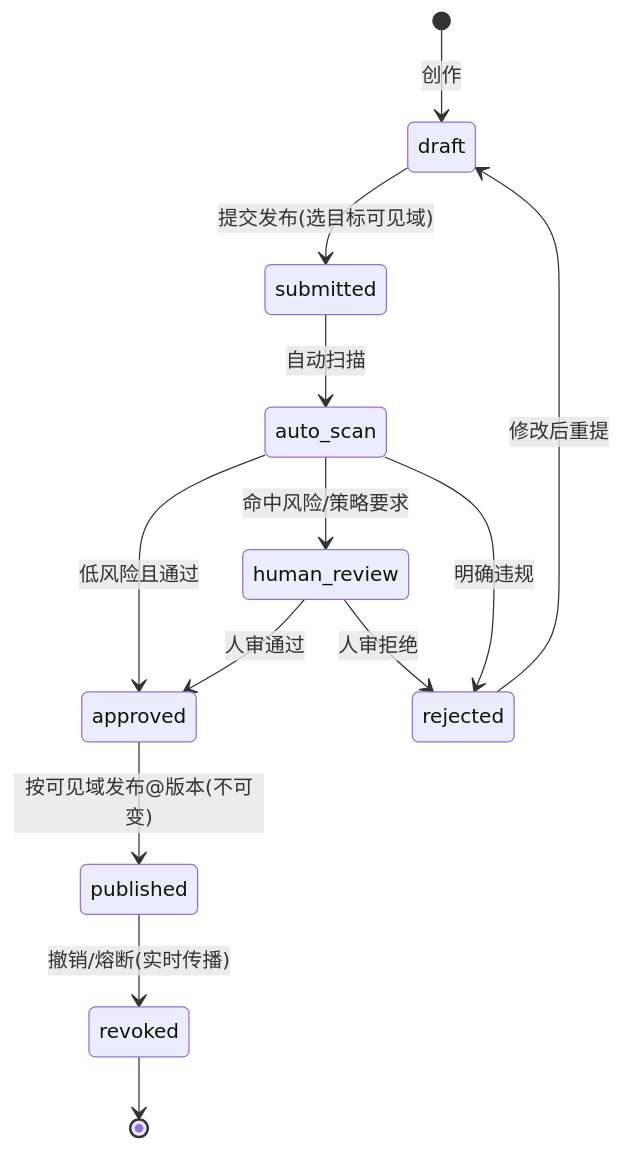
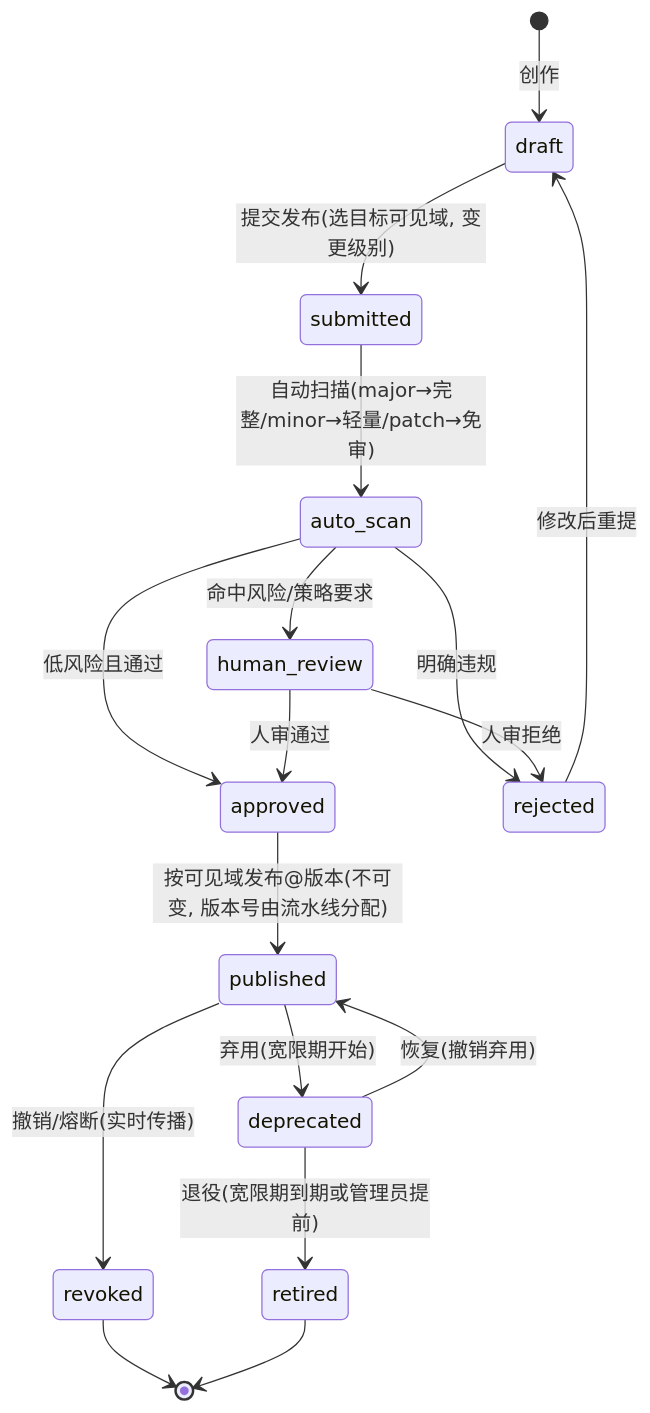
One commit to hxp0618/cloud-agents changed the first of 4 diagrams in doc/design/06-capabilities-skills-mcp-subagents.md. Above: the diagram before and after it, drawn with Mermaid. The commit also changed other lines of this file and 5 other files, not shown here.

````diff
--- a/doc/design/06-capabilities-skills-mcp-subagents.md
+++ b/doc/design/06-capabilities-skills-mcp-subagents.md
@@ -56,15 +105,19 @@
 ```mermaid
 stateDiagram-v2
     [*] --> draft: 创作
-    draft --> submitted: 提交发布(选目标可见域)
-    submitted --> auto_scan: 自动扫描
+    draft --> submitted: 提交发布(选目标可见域, 变更级别)
+    submitted --> auto_scan: 自动扫描(major→完整/minor→轻量/patch→免审)
     auto_scan --> approved: 低风险且通过
     auto_scan --> human_review: 命中风险/策略要求
     auto_scan --> rejected: 明确违规
     human_review --> approved: 人审通过
     human_review --> rejected: 人审拒绝
-    approved --> published: 按可见域发布@版本(不可变)
+    approved --> published: 按可见域发布@版本(不可变, 版本号由流水线分配)
+    published --> deprecated: 弃用(宽限期开始)
     published --> revoked: 撤销/熔断(实时传播)
+    deprecated --> retired: 退役(宽限期到期或管理员提前)
+    deprecated --> published: 恢复(撤销弃用)
     rejected --> draft: 修改后重提
     revoked --> [*]
+    retired --> [*]
 ```
````
